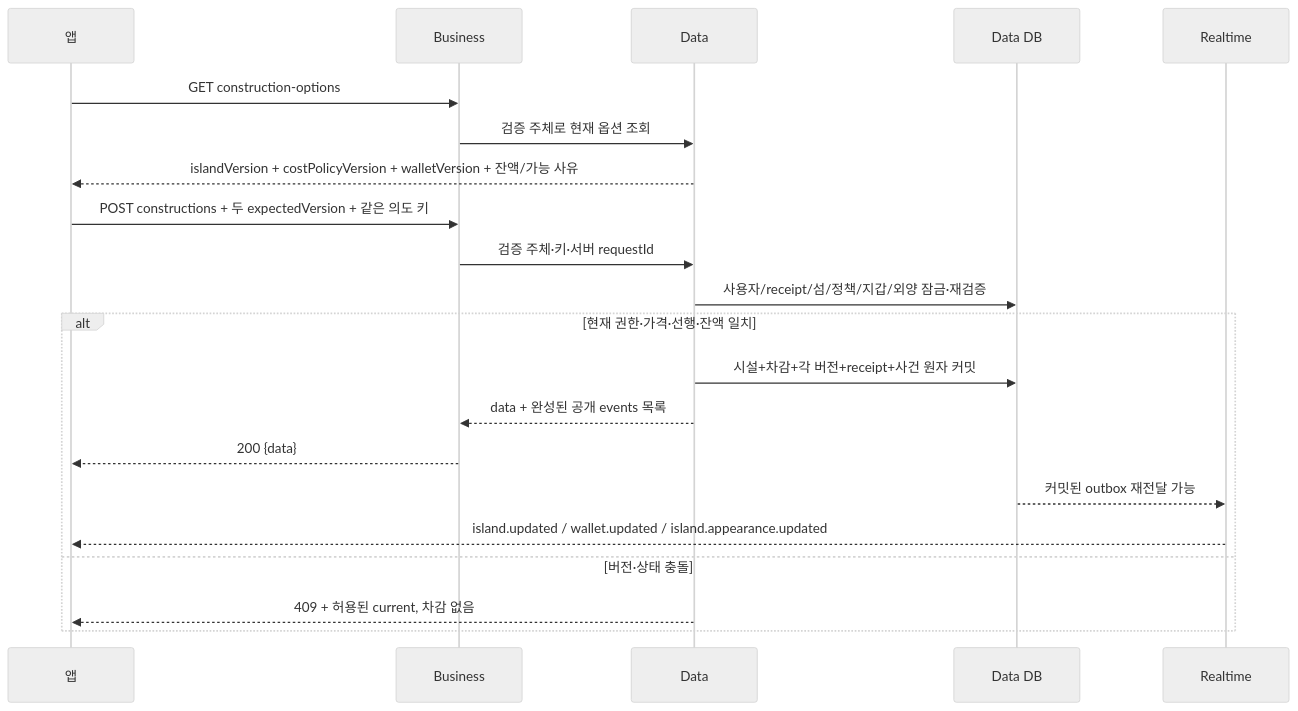
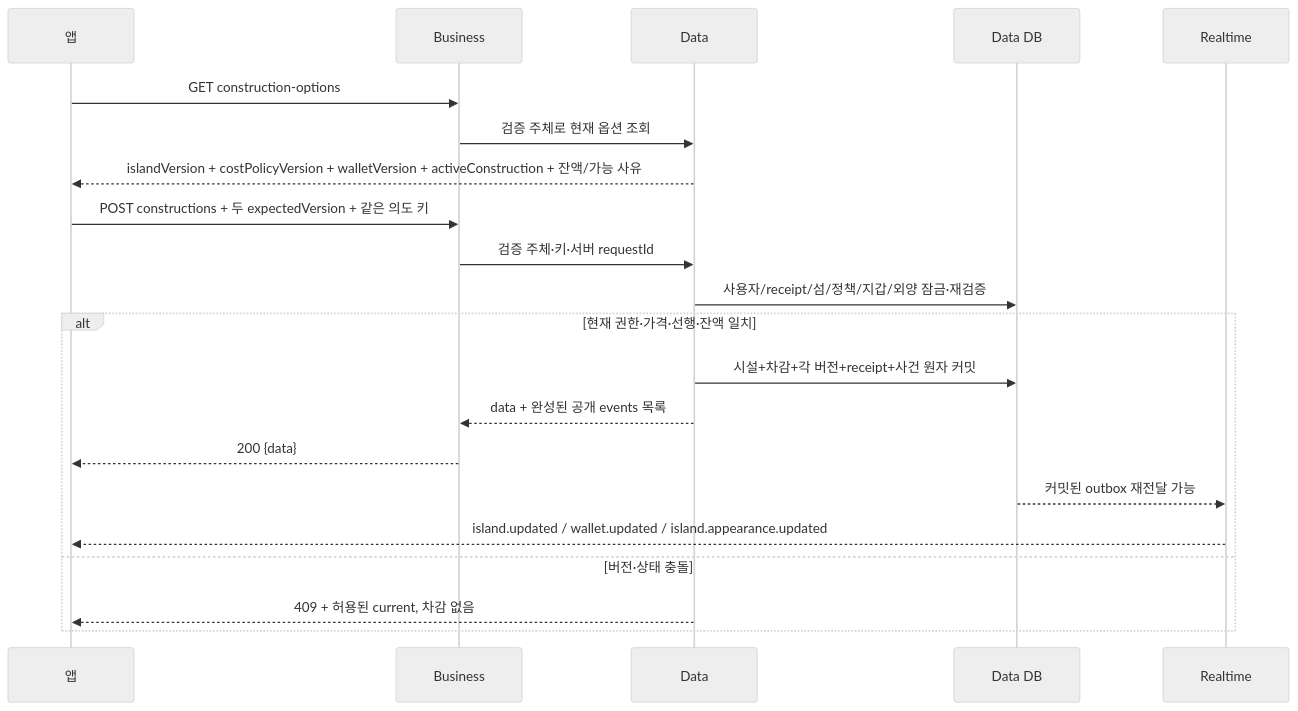
The third of 3 diagrams in docs/prd/fishcat/island-construction/high-level-design.md (OneOrThree/phone), drawn with Mermaid (neutral theme) before and after one commit. The commit also changed other lines of this file and 4 other files, not shown here.

````diff
--- a/docs/prd/fishcat/island-construction/high-level-design.md
+++ b/docs/prd/fishcat/island-construction/high-level-design.md
@@ -34,23 +34,23 @@
 ```mermaid
 sequenceDiagram
   participant A as 앱
   participant B as Business
   participant D as Data
   participant DB as Data DB
   participant R as Realtime
   A->>B: GET construction-options
   B->>D: 검증 주체로 현재 옵션 조회
-  D-->>A: islandVersion + costPolicyVersion + walletVersion + 잔액/가능 사유
+  D-->>A: islandVersion + costPolicyVersion + walletVersion + activeConstruction + 잔액/가능 사유
   A->>B: POST constructions + 두 expectedVersion + 같은 의도 키
   B->>D: 검증 주체·키·서버 requestId
   D->>DB: 사용자/receipt/섬/정책/지갑/외양 잠금·재검증
   alt 현재 권한·가격·선행·잔액 일치
     D->>DB: 시설+차감+각 버전+receipt+사건 원자 커밋
     D-->>B: data + 완성된 공개 events 목록
     B-->>A: 200 {data}
     DB-->>R: 커밋된 outbox 재전달 가능
     R-->>A: island.updated / wallet.updated / island.appearance.updated
   else 버전·상태 충돌
     D-->>A: 409 + 허용된 current, 차감 없음
   end
 ```
````
